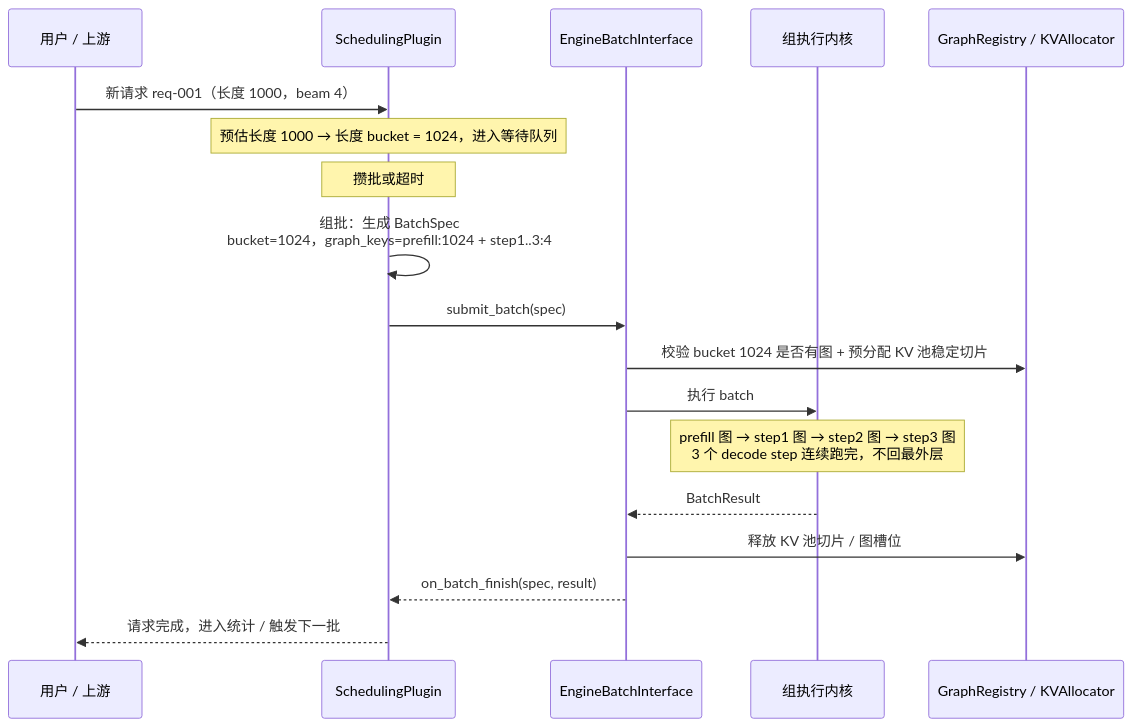
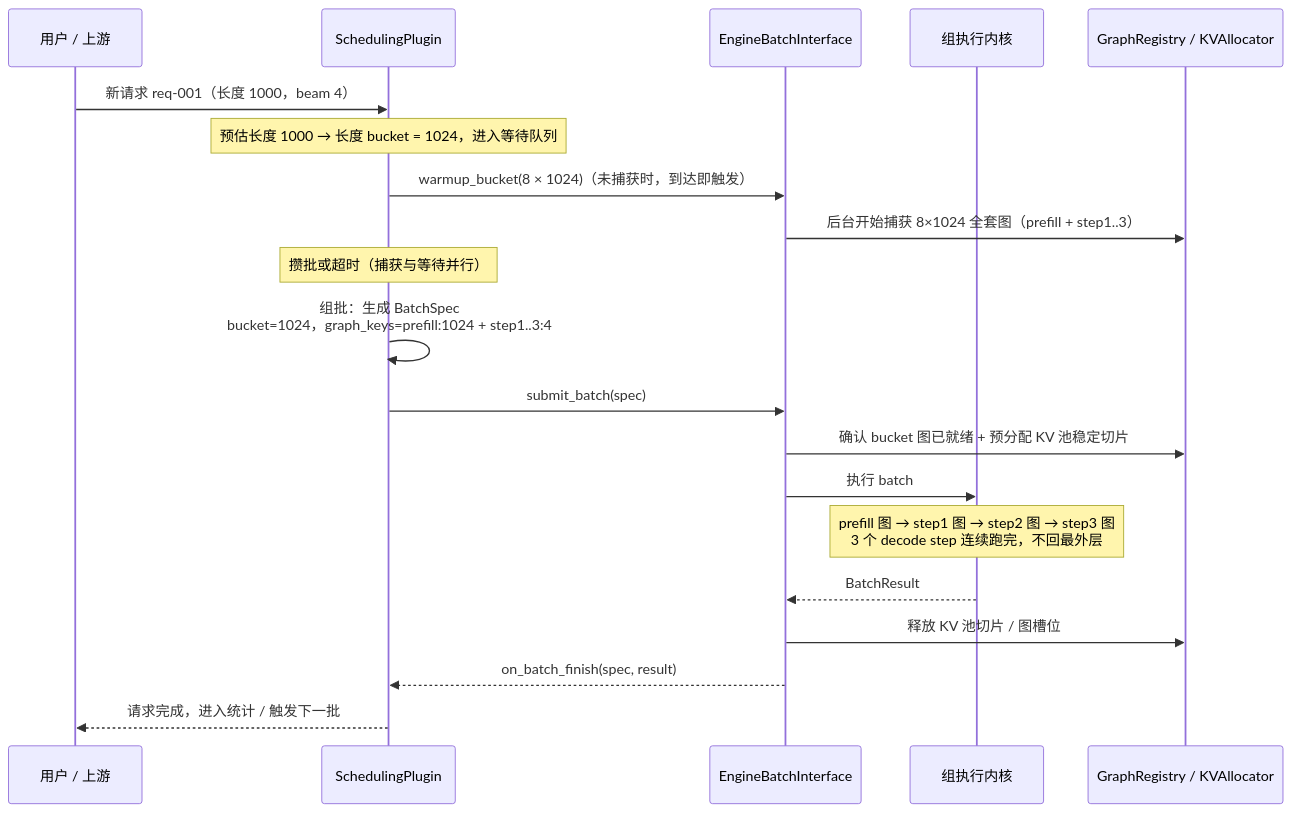
Before and after one commit to ZhiYunpenghuawei/p1: the fourth of 10 diagrams in 调度策略插件独立设计文档.md, drawn with Mermaid. The commit also changed other lines of this file, not shown here.

````diff
--- a/调度策略插件独立设计文档.md
+++ b/调度策略插件独立设计文档.md
@@ -87,21 +90,23 @@
 ```mermaid
 sequenceDiagram
     participant U as 用户 / 上游
     participant P as SchedulingPlugin
     participant E as EngineBatchInterface
     participant K as 组执行内核
     participant G as GraphRegistry / KVAllocator
 
     U->>P: 新请求 req-001（长度 1000，beam 4）
     Note over P: 预估长度 1000 → 长度 bucket = 1024，进入等待队列
-    Note over P: 攒批或超时
+    P->>E: warmup_bucket(8 × 1024)（未捕获时，到达即触发）
+    E->>G: 后台开始捕获 8×1024 全套图（prefill + step1..3）
+    Note over P: 攒批或超时（捕获与等待并行）
     P->>P: 组批：生成 BatchSpec<br>bucket=1024，graph_keys=prefill:1024 + step1..3:4
     P->>E: submit_batch(spec)
-    E->>G: 校验 bucket 1024 是否有图 + 预分配 KV 池稳定切片
+    E->>G: 确认 bucket 图已就绪 + 预分配 KV 池稳定切片
     E->>K: 执行 batch
     Note over K: prefill 图 → step1 图 → step2 图 → step3 图<br>3 个 decode step 连续跑完，不回最外层
     K-->>E: BatchResult
     E->>G: 释放 KV 池切片 / 图槽位
     E-->>P: on_batch_finish(spec, result)
     P-->>U: 请求完成，进入统计 / 触发下一批
 ```
````
